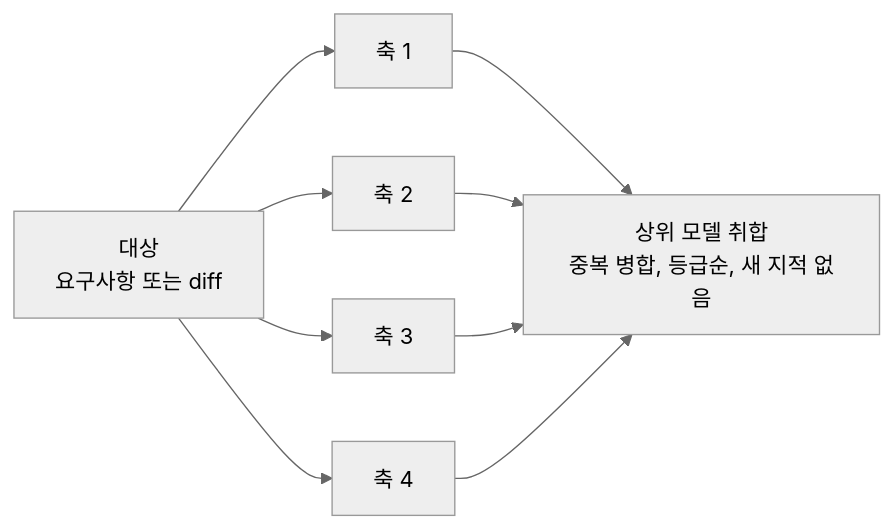
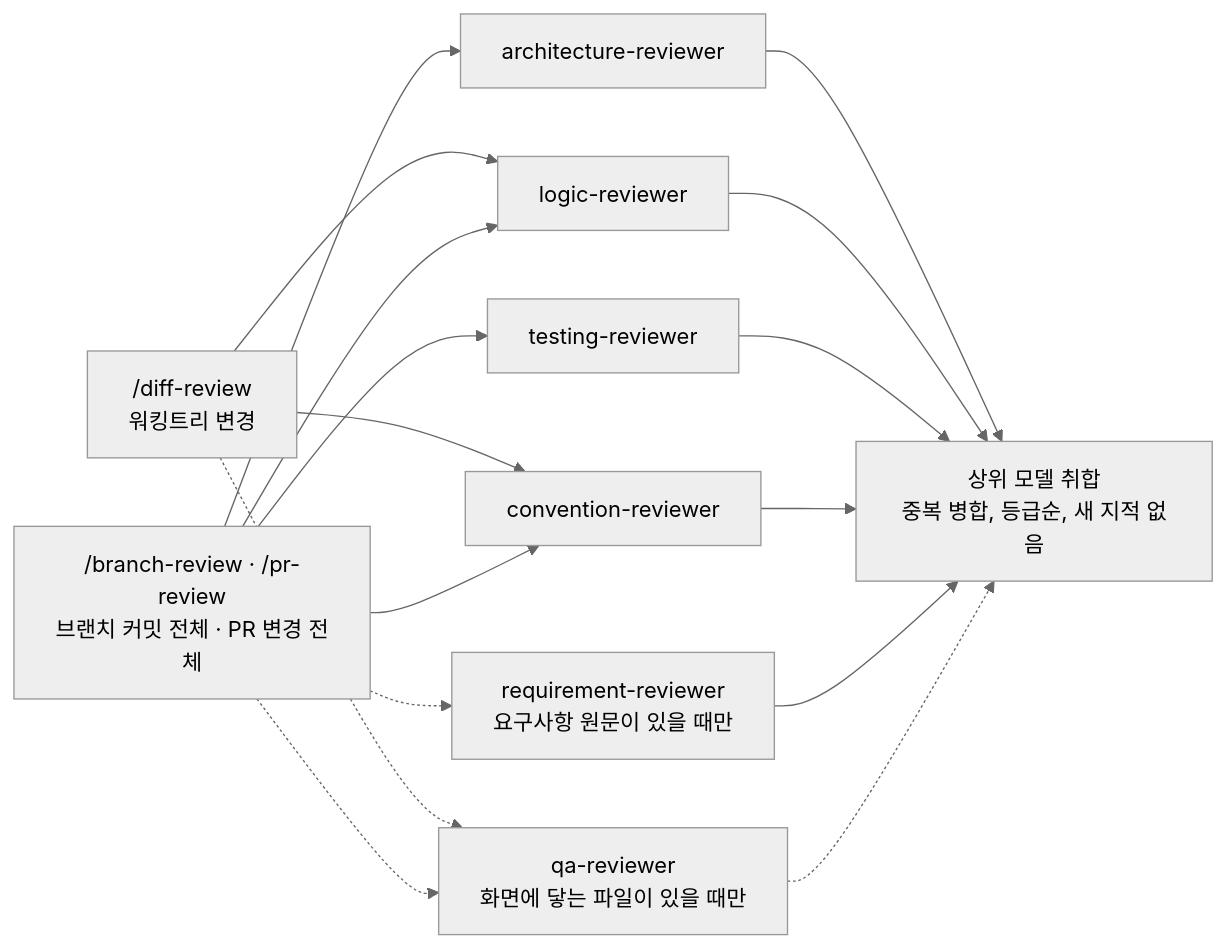
Before and after one commit to 1Dohyeon/claude-sync: the second of 2 diagrams in README.md, drawn with Mermaid (neutral theme). The commit also changed other lines of this file, not shown here.

Commit message:
UPDATE
- README 세션 흐름의 두 번째 다이어그램을 리뷰 스킬별 에이전트 호출 관계로 교체
- diff-review는 2축, branch-review·pr-review는 5축으로 표기하고 조건부 호출 축은 점선으로 구분
- 다이어그램 위 도입 문장과 아래 범례 문단을 교체한 내용에 맞게 수정

````diff
--- a/README.md
+++ b/README.md
@@ -110,11 +110,20 @@
 ```mermaid
 flowchart LR
-    IN["대상<br/>요구사항 또는 diff"] --> R1["축 1"]
-    IN --> R2["축 2"]
-    IN --> R3["축 3"]
-    IN --> R4["축 4"]
-    R1 --> M["상위 모델 취합<br/>중복 병합, 등급순, 새 지적 없음"]
-    R2 --> M
-    R3 --> M
-    R4 --> M
+    D["/diff-review<br/>워킹트리 변경"] --> LG["logic-reviewer"]
+    D --> CV["convention-reviewer"]
+    D -.-> QA["qa-reviewer<br/>화면에 닿는 파일이 있을 때만"]
+
+    BP["/branch-review · /pr-review<br/>브랜치 커밋 전체 · PR 변경 전체"] --> AR["architecture-reviewer"]
+    BP --> LG
+    BP --> TS["testing-reviewer"]
+    BP --> CV
+    BP -.-> RQ["requirement-reviewer<br/>요구사항 원문이 있을 때만"]
+    BP -.-> QA
+
+    AR --> M["상위 모델 취합<br/>중복 병합, 등급순, 새 지적 없음"]
+    LG --> M
+    TS --> M
+    CV --> M
+    RQ --> M
+    QA -.-> M
 ```
````
